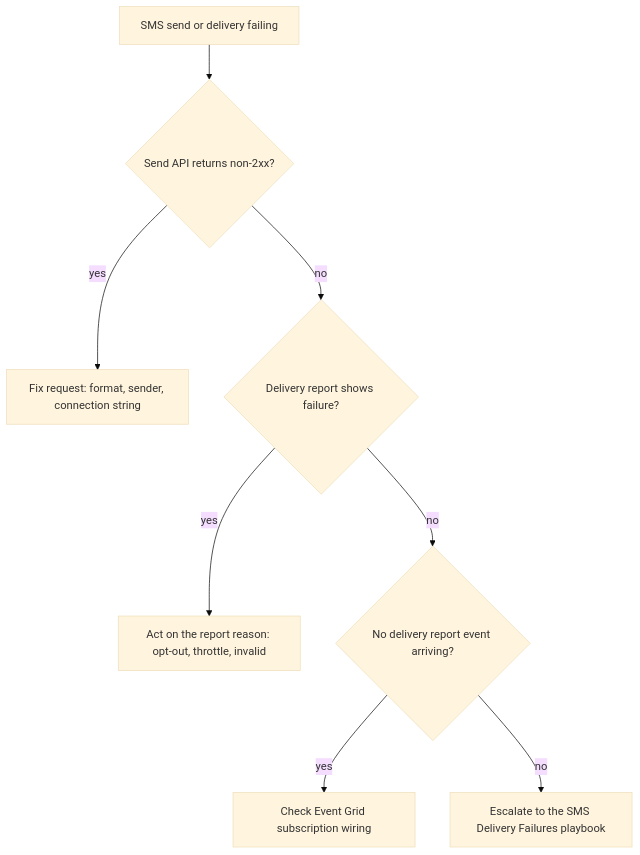
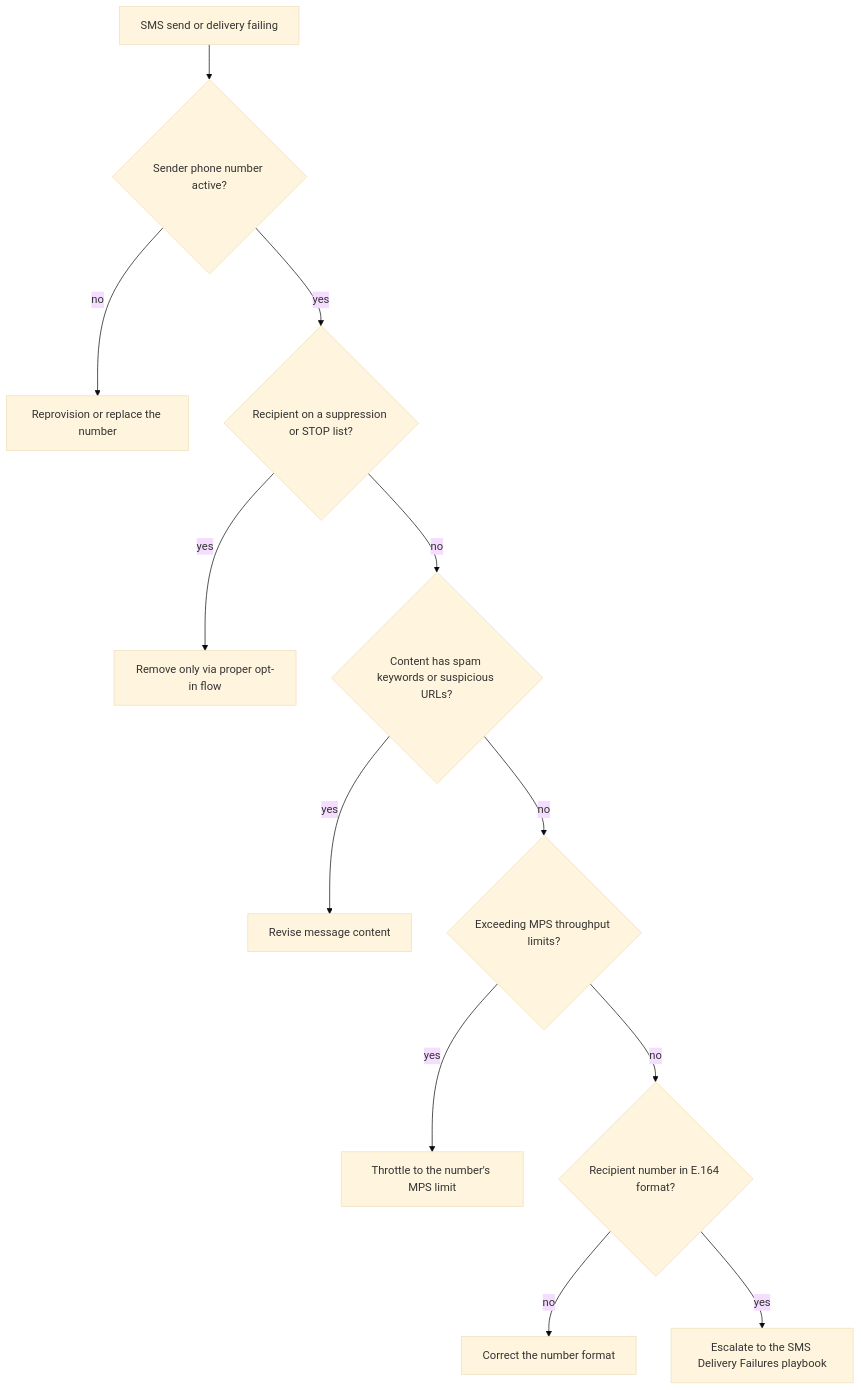
The diagram in docs/troubleshooting/first-10-minutes/sms-delivery.md (yeongseon/azure-communication-services-practical-guide), drawn with Mermaid (base theme) before and after one commit. The commit also changed 5 other files, not shown here.

Commit message:
fix: repair decision-node syntax and make F10M diagrams faithful to checklists

````diff
--- a/docs/troubleshooting/first-10-minutes/sms-delivery.md
+++ b/docs/troubleshooting/first-10-minutes/sms-delivery.md
@@ -34,10 +34,14 @@
 ```mermaid
 flowchart TD
-    S["SMS send or delivery failing"] --> C1{"Send API returns non-2xx?"}
-    C1 -- yes --> A1["Fix request: format, sender, connection string"]
-    C1 -- no --> C2{"Delivery report shows failure?"}
-    C2 -- yes --> A2["Act on the report reason: opt-out, throttle, invalid"]
-    C2 -- no --> C3{"No delivery report event arriving?"}
-    C3 -- yes --> A3["Check Event Grid subscription wiring"]
-    C3 -- no --> ESC["Escalate to the SMS Delivery Failures playbook"]
+    S["SMS send or delivery failing"] --> C1{"Sender phone number active?"}
+    C1 -- no --> A1["Reprovision or replace the number"]
+    C1 -- yes --> C2{"Recipient on a suppression or STOP list?"}
+    C2 -- yes --> A2["Remove only via proper opt-in flow"]
+    C2 -- no --> C3{"Content has spam keywords or suspicious URLs?"}
+    C3 -- yes --> A3["Revise message content"]
+    C3 -- no --> C4{"Exceeding MPS throughput limits?"}
+    C4 -- yes --> A4["Throttle to the number's MPS limit"]
+    C4 -- no --> C5{"Recipient number in E.164 format?"}
+    C5 -- no --> A5["Correct the number format"]
+    C5 -- yes --> ESC["Escalate to the SMS Delivery Failures playbook"]
 ```
````
